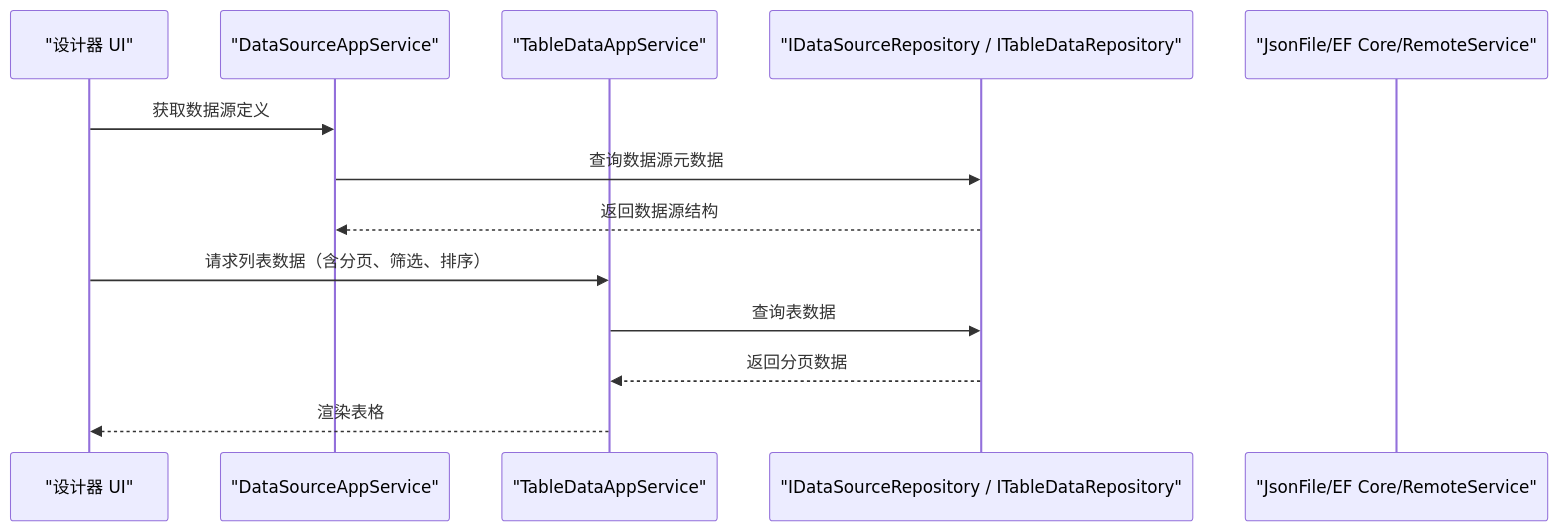
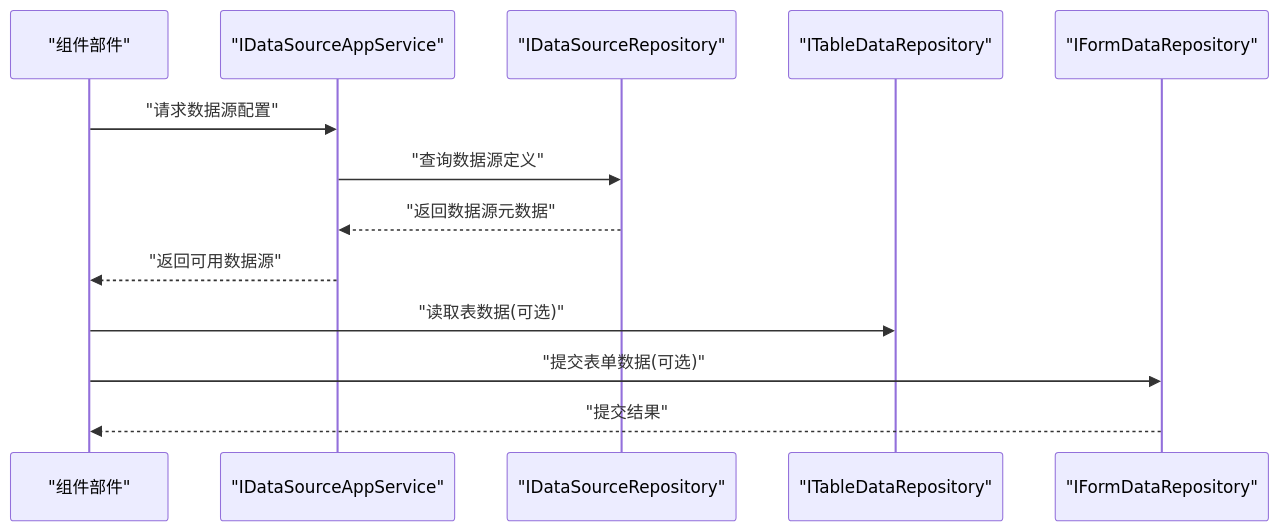
Before and after one commit to openlowcodelab/lowcode: the seventh of 8 diagrams in .qoder/repowiki/zh/content/低代码平台/设计引擎/设计引擎.md, drawn with Mermaid. The commit also changed other lines of this file and 223 other files, not shown here.

````diff
--- a/.qoder/repowiki/zh/content/低代码平台/设计引擎/设计引擎.md
+++ b/.qoder/repowiki/zh/content/低代码平台/设计引擎/设计引擎.md
@@ -515,16 +416,16 @@
 ```mermaid
 sequenceDiagram
-    participant UI as "设计器 UI"
-    participant DS as "DataSourceAppService"
-    participant TD as "TableDataAppService"
-    participant Repo as "IDataSourceRepository / ITableDataRepository"
-    participant DB as "JsonFile/EF Core/RemoteService"
+    participant Comp as "组件部件"
+    participant DS as "IDataSourceAppService"
+    participant Repo as "IDataSourceRepository"
+    participant Table as "ITableDataRepository"
+    participant Form as "IFormDataRepository"
 
-    UI->>DS: 获取数据源定义
-    DS->>Repo: 查询数据源元数据
-    Repo-->>DS: 返回数据源结构
-    UI->>TD: 请求列表数据（含分页、筛选、排序）
-    TD->>Repo: 查询表数据
-    Repo-->>TD: 返回分页数据
-    TD-->>UI: 渲染表格
+    Comp->>DS: "请求数据源配置"
+    DS->>Repo: "查询数据源定义"
+    Repo-->>DS: "返回数据源元数据"
+    DS-->>Comp: "返回可用数据源"
+    Comp->>Table: "读取表数据(可选)"
+    Comp->>Form: "提交表单数据(可选)"
+    Form-->>Comp: "提交结果"
 ```
````
